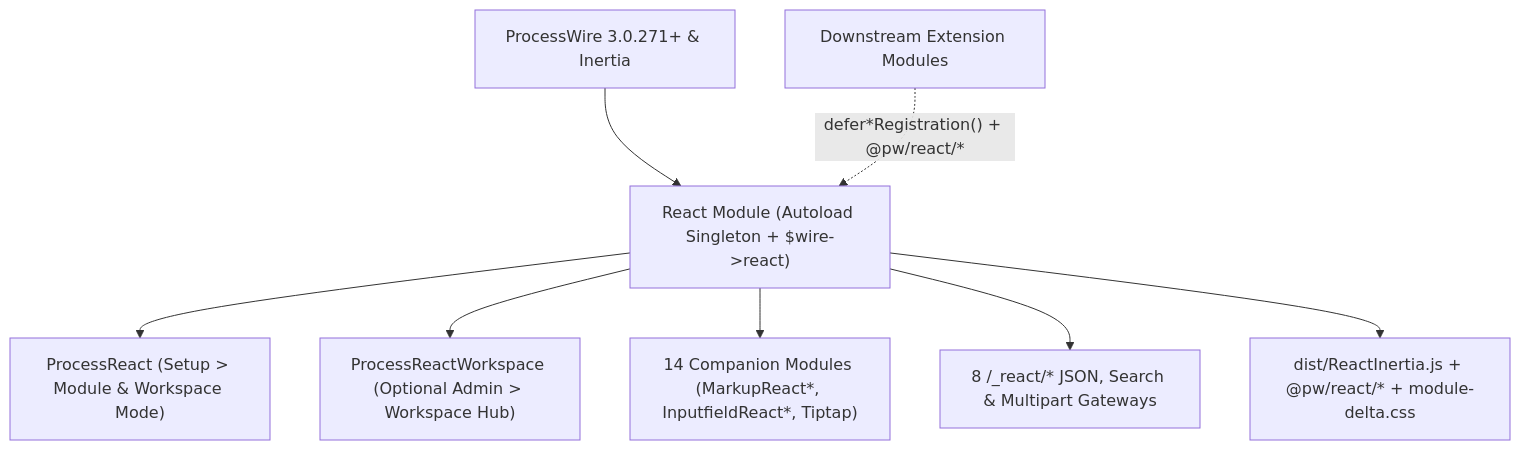
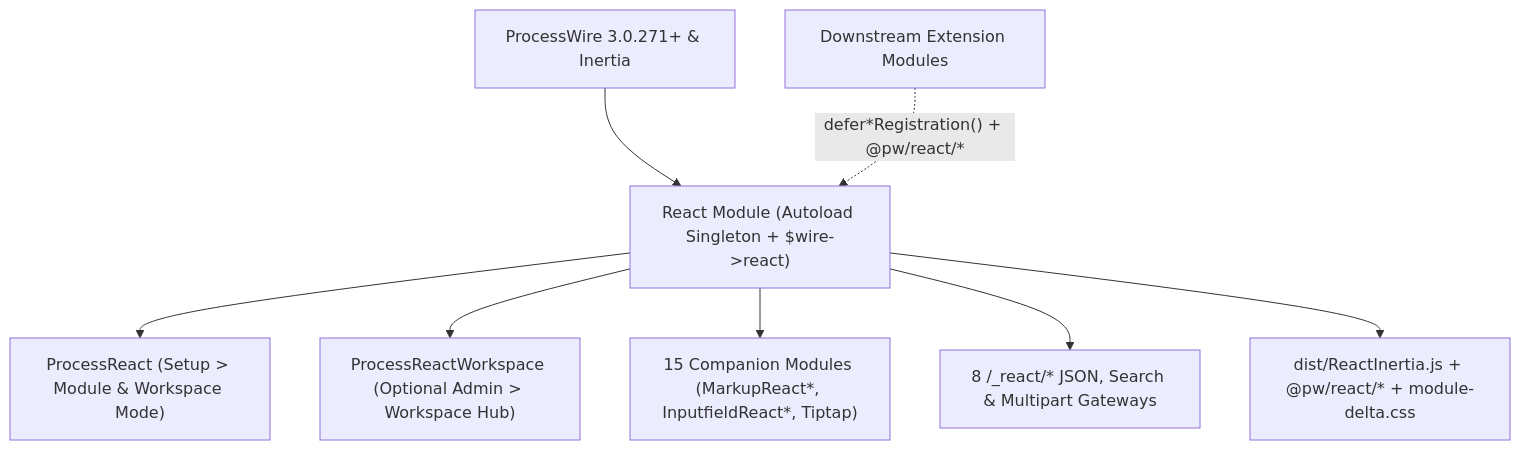
Before and after one commit to trk/React: the diagram in docs/ARCHITECTURE.md, drawn with Mermaid. The commit also changed other lines of this file and 10 other files, not shown here.

Commit message:
docs: update module documentation, architecture guides, and Boost skill

````diff
--- a/docs/ARCHITECTURE.md
+++ b/docs/ARCHITECTURE.md
@@ -12,10 +12,10 @@
 ```mermaid
 flowchart TD
     core["ProcessWire 3.0.271+ & Inertia"] --> react["React Module (Autoload Singleton + $wire->react)"]
     react --> shell["ProcessReact (Setup > Module & Workspace Mode)"]
     react --> hub["ProcessReactWorkspace (Optional Admin > Workspace Hub)"]
-    react --> mods["14 Companion Modules (MarkupReact*, InputfieldReact*, Tiptap)"]
+    react --> mods["15 Companion Modules (MarkupReact*, InputfieldReact*, Tiptap)"]
     react --> gw["8 /_react/* JSON, Search & Multipart Gateways"]
     react --> sdk["dist/ReactInertia.js + @pw/react/* + module-delta.css"]
     ext["Downstream Extension Modules"] -. "defer*Registration() + @pw/react/*" .-> react
 ```
````
